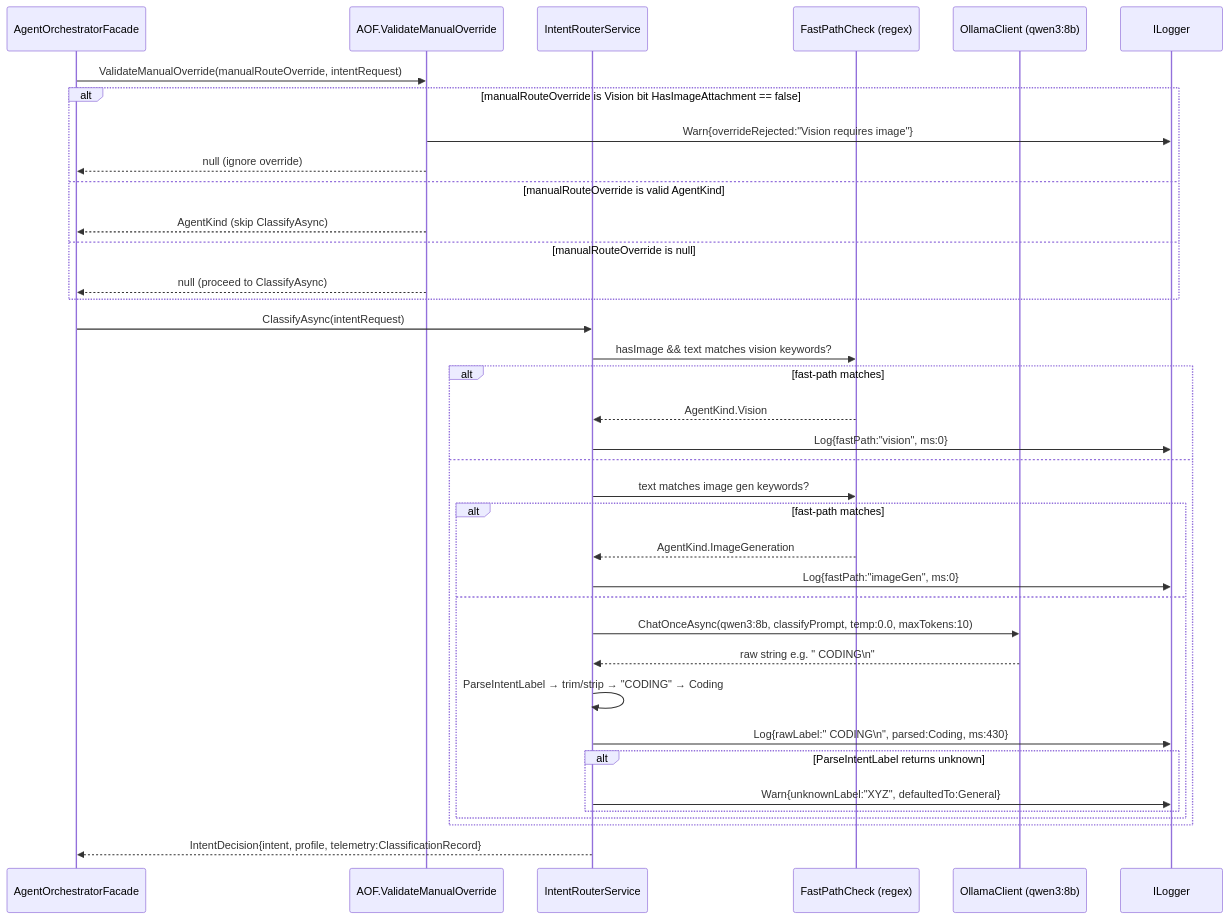
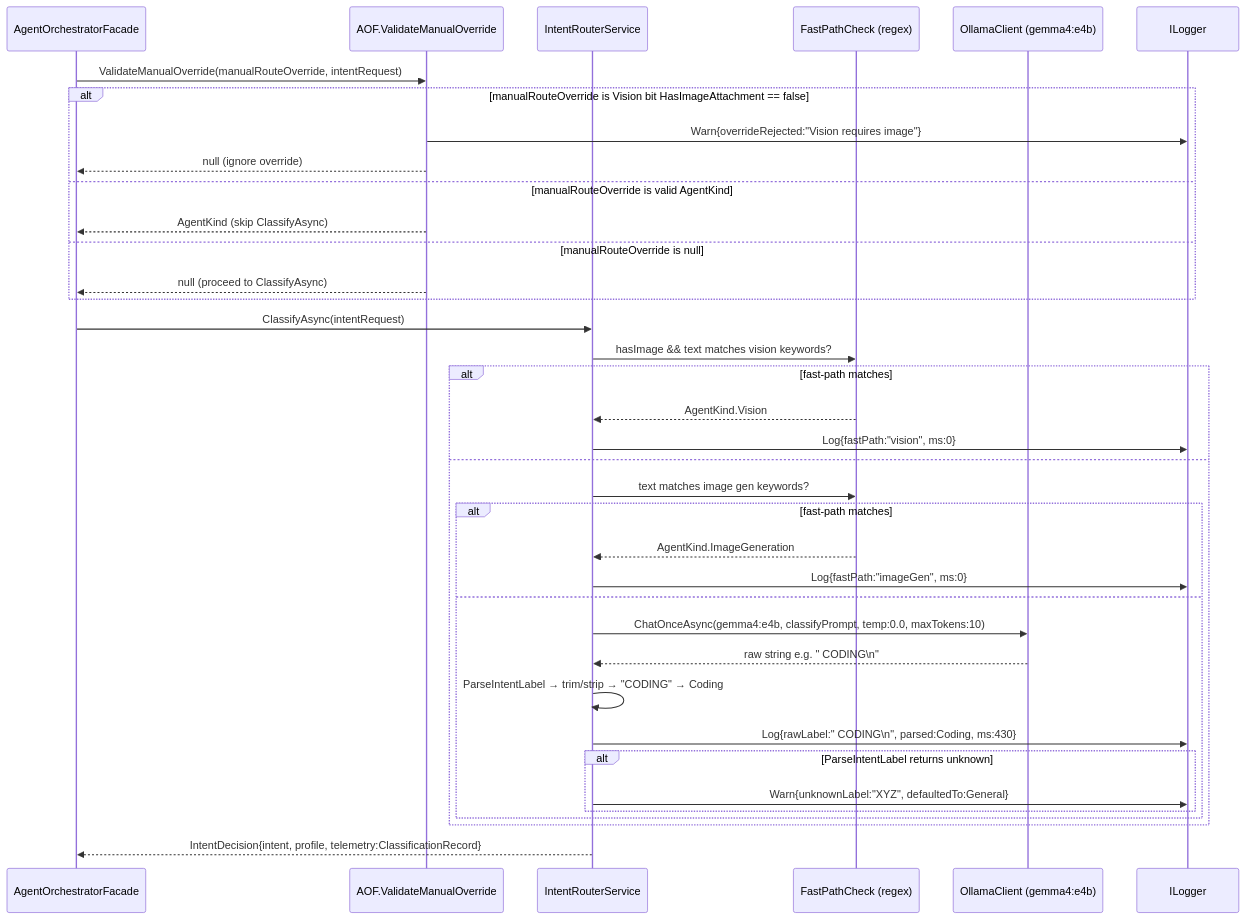
Before and after one commit to ekanatha-urivakili/EminentAiAgent: diagram 16 of 19 in docs/AGENT_2_AGENT_ARCHITECTURE.md, drawn with Mermaid. The commit also changed other lines of this file and 14 other files, not shown here.

````diff
--- a/docs/AGENT_2_AGENT_ARCHITECTURE.md
+++ b/docs/AGENT_2_AGENT_ARCHITECTURE.md
@@ -1222,43 +1225,43 @@
 ```mermaid
 sequenceDiagram
     participant AOF as AgentOrchestratorFacade
     participant AOF_V as AOF.ValidateManualOverride
     participant IR as IntentRouterService
     participant FP as FastPathCheck (regex)
-    participant OC as OllamaClient (qwen3:8b)
+    participant OC as OllamaClient (gemma4:e4b)
     participant Log as ILogger
 
     AOF->>AOF_V: ValidateManualOverride(manualRouteOverride, intentRequest)
 
     alt manualRouteOverride is Vision bit HasImageAttachment == false
         AOF_V->>Log: Warn{overrideRejected:"Vision requires image"}
         AOF_V-->>AOF: null (ignore override)
     else manualRouteOverride is valid AgentKind
         AOF_V-->>AOF: AgentKind (skip ClassifyAsync)
     else manualRouteOverride is null
         AOF_V-->>AOF: null (proceed to ClassifyAsync)
     end
 
     AOF->>IR: ClassifyAsync(intentRequest)
     IR->>FP: hasImage && text matches vision keywords?
     alt fast-path matches
         FP-->>IR: AgentKind.Vision
         IR->>Log: Log{fastPath:"vision", ms:0}
     else
         IR->>FP: text matches image gen keywords?
         alt fast-path matches
             FP-->>IR: AgentKind.ImageGeneration
             IR->>Log: Log{fastPath:"imageGen", ms:0}
         else
-            IR->>OC: ChatOnceAsync(qwen3:8b, classifyPrompt, temp:0.0, maxTokens:10)
+            IR->>OC: ChatOnceAsync(gemma4:e4b, classifyPrompt, temp:0.0, maxTokens:10)
             OC-->>IR: raw string e.g. "  CODING\n"
             IR->>IR: ParseIntentLabel → trim/strip → "CODING" → Coding
             IR->>Log: Log{rawLabel:"  CODING\n", parsed:Coding, ms:430}
             alt ParseIntentLabel returns unknown
                 IR->>Log: Warn{unknownLabel:"XYZ", defaultedTo:General}
             end
         end
     end
 
     IR-->>AOF: IntentDecision{intent, profile, telemetry:ClassificationRecord}
 ```
````
